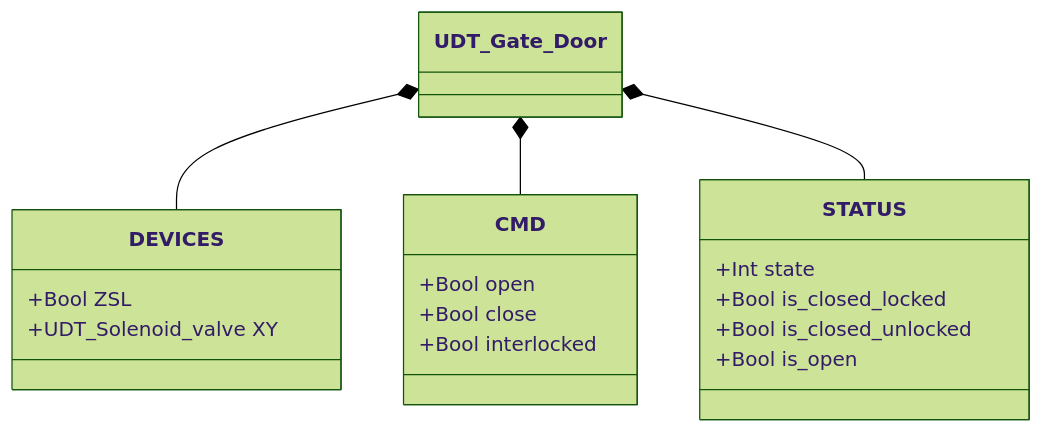
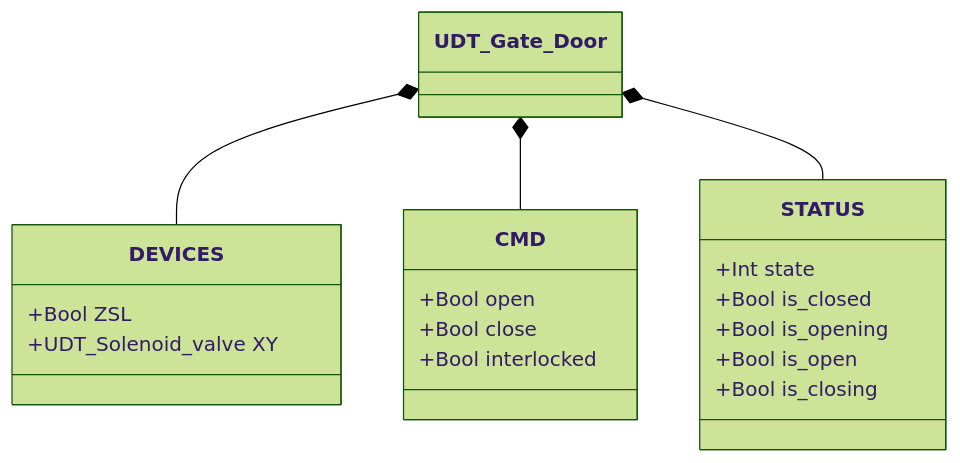
The first of 2 diagrams in docs/library/gate/index.it.md (AleFire99/TIA_knowledge), drawn with Mermaid (forest theme) before and after one commit. The commit also changed other lines of this file and 69 other files, not shown here.

````diff
--- a/docs/library/gate/index.it.md
+++ b/docs/library/gate/index.it.md
@@ -63,22 +67,23 @@
 ```mermaid
 classDiagram
     class UDT_Gate_Door
     class DEVICES {
         +Bool ZSL
         +UDT_Solenoid_valve XY
     }
     class CMD {
         +Bool open
         +Bool close
         +Bool interlocked
     }
     class STATUS {
         +Int state
-        +Bool is_closed_locked
-        +Bool is_closed_unlocked
+        +Bool is_closed
+        +Bool is_opening
         +Bool is_open
+        +Bool is_closing
     }
     UDT_Gate_Door *-- DEVICES
     UDT_Gate_Door *-- CMD
     UDT_Gate_Door *-- STATUS
 ```
````
